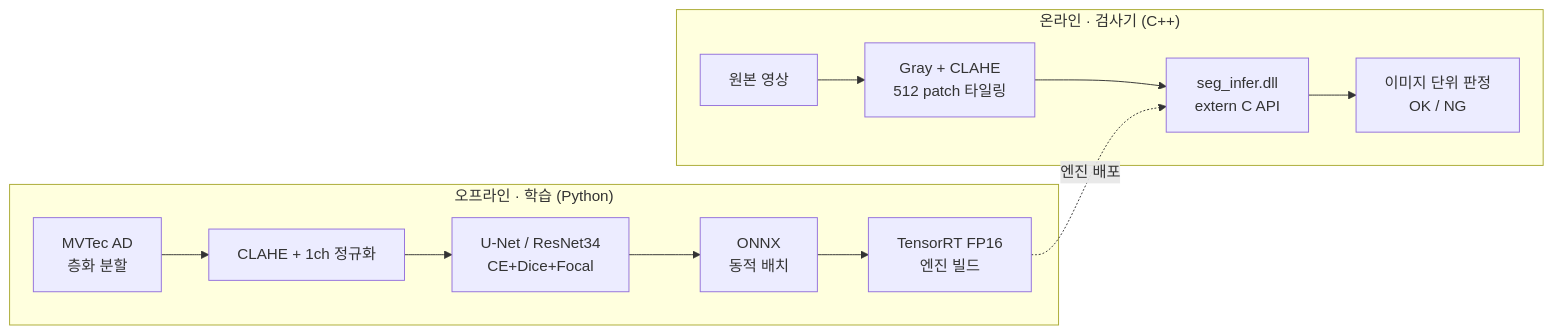
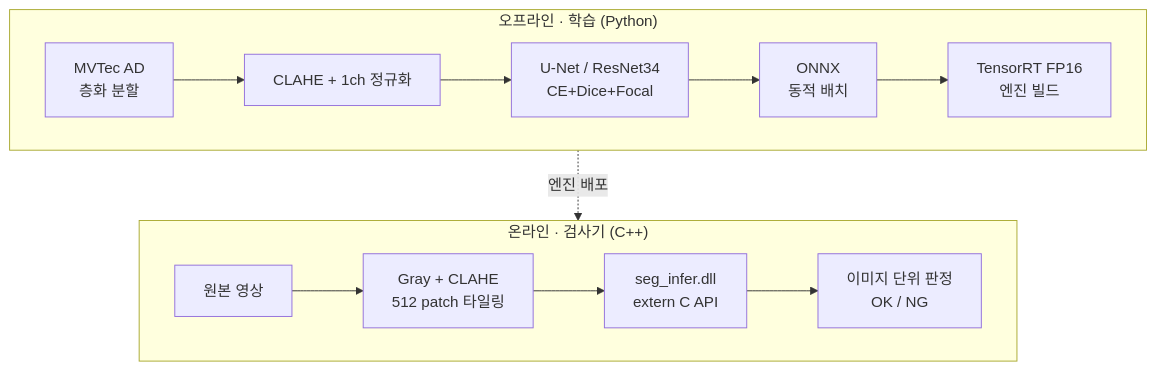
The diagram in README.md (sangyun-oh-dev/defect-seg-trt), drawn with Mermaid before and after one commit.

Commit message:
README: stack architecture diagram vertically

````diff
--- a/README.md
+++ b/README.md
@@ -29,15 +29,17 @@
 ```mermaid
-flowchart LR
+flowchart TB
   subgraph Offline["오프라인 · 학습 (Python)"]
+    direction LR
     A[MVTec AD<br/>층화 분할] --> B[CLAHE + 1ch 정규화]
     B --> C[U-Net / ResNet34<br/>CE+Dice+Focal]
     C --> D[ONNX<br/>동적 배치]
     D --> E[TensorRT FP16<br/>엔진 빌드]
   end
   subgraph Online["온라인 · 검사기 (C++)"]
+    direction LR
     F[원본 영상] --> G[Gray + CLAHE<br/>512 patch 타일링]
     G --> H["seg_infer.dll<br/>extern C API"]
     H --> I[이미지 단위 판정<br/>OK / NG]
   end
   E -. 엔진 배포 .-> H
 ```
````
